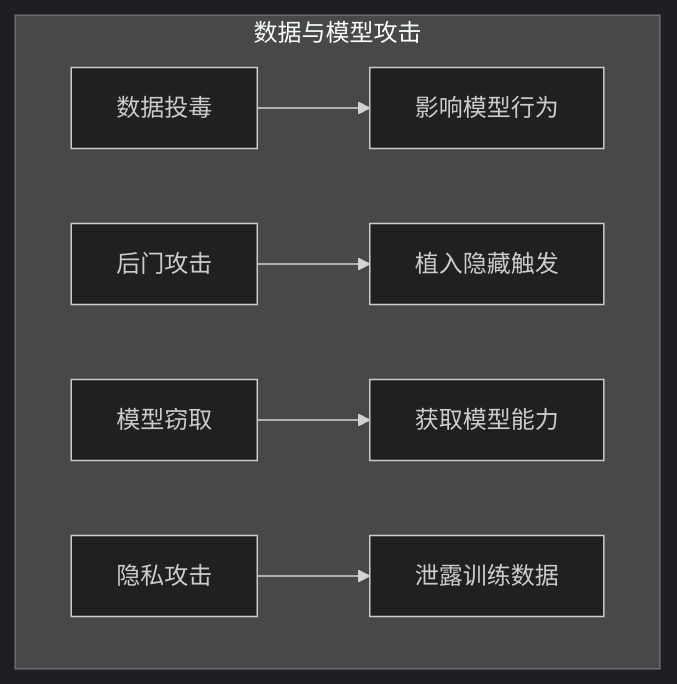
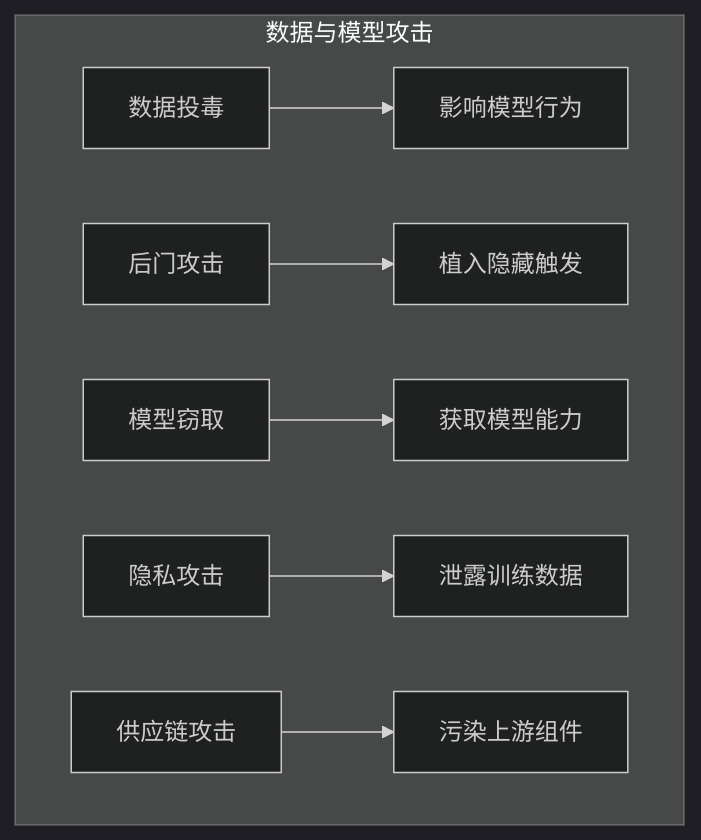
The diagram in 06_data_model_attacks/summary.md (yeasy/ai_security_guide), drawn with Mermaid (dark theme) before and after one commit. The commit also changed other lines of this file and 23 other files, not shown here.

````diff
--- a/06_data_model_attacks/summary.md
+++ b/06_data_model_attacks/summary.md
@@ -17,9 +19,10 @@
 ```mermaid
 graph TB
     subgraph "数据与模型攻击"
     A["数据投毒"] --> E["影响模型行为"]
     B["后门攻击"] --> F["植入隐藏触发"]
     C["模型窃取"] --> G["获取模型能力"]
     D["隐私攻击"] --> H["泄露训练数据"]
+    I["供应链攻击"] --> J["污染上游组件"]
     end
 ```
````
